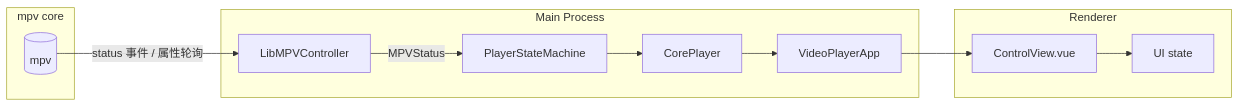
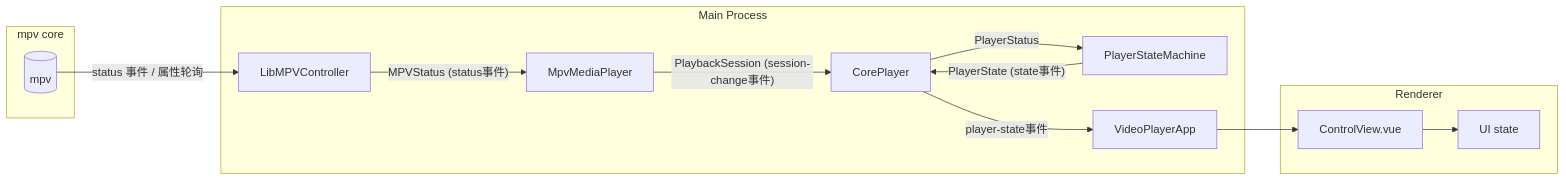
The second of 2 diagrams in docs/development/PLAYER_STATE_DATAFLOW.md (Lucas-lgm/mpv-electron), drawn with Mermaid before and after one commit. The commit also changed other lines of this file and 14 other files, not shown here.

First line of the commit message:
refactor(core-player): unify playback control through CorePlayer interface

````diff
--- a/docs/development/PLAYER_STATE_DATAFLOW.md
+++ b/docs/development/PLAYER_STATE_DATAFLOW.md
@@ -42,25 +42,28 @@
 ```mermaid
 flowchart LR
   subgraph MPV["mpv core"]
     MPVCore[(mpv)]
   end
 
   subgraph Main["Main Process"]
     LC[LibMPVController]
+    MP[MpvMediaPlayer]
+    Core[CorePlayer]
     SM[PlayerStateMachine]
-    Core[CorePlayer]
     App[VideoPlayerApp]
   end
 
   subgraph Renderer
     UI[ControlView.vue]
     UIState[UI state]
   end
 
   MPVCore -- status 事件 / 属性轮询 --> LC
-  LC -- MPVStatus --> SM
-  SM --> Core
-  Core --> App
+  LC -- MPVStatus (status事件) --> MP
+  MP -- PlaybackSession (session-change事件) --> Core
+  Core -- PlayerStatus --> SM
+  SM -- PlayerState (state事件) --> Core
+  Core -- player-state事件 --> App
   App --> UI
   UI --> UIState
 ```
````
